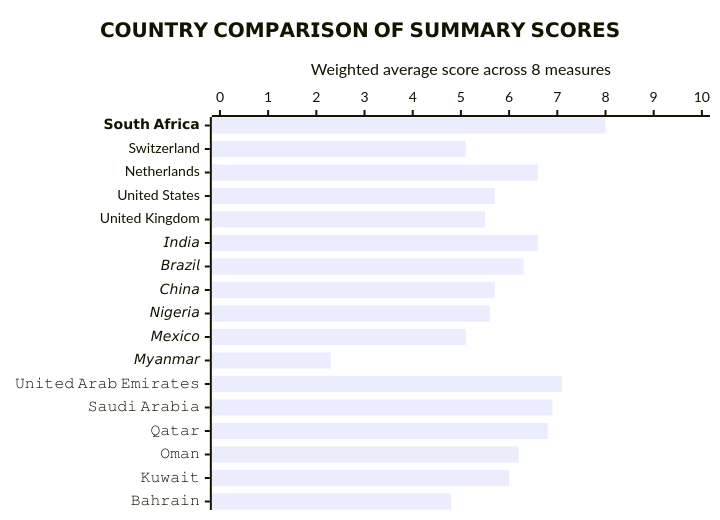
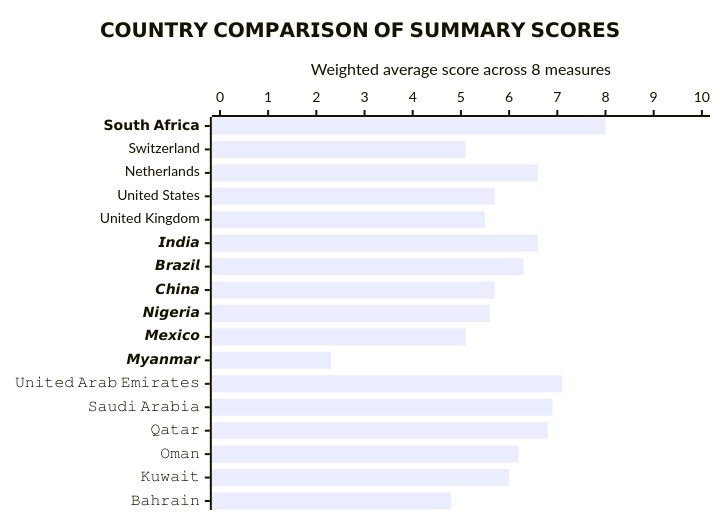
The second of 2 diagrams in articles-posts/economic-and-policy-sentiment-zaf.md (Tellusant/docs), drawn with Mermaid before and after one commit. The commit also changed other lines of this file, not shown here.

```diff
--- a/articles-posts/economic-and-policy-sentiment-zaf.md
+++ b/articles-posts/economic-and-policy-sentiment-zaf.md
@@ -75,9 +75,9 @@
 <div class="mermaid">
 
 xychart-beta horizontal
     title "𝗖𝗢𝗨𝗡𝗧𝗥𝗬 𝗖𝗢𝗠𝗣𝗔𝗥𝗜𝗦𝗢𝗡 𝗢𝗙 𝗦𝗨𝗠𝗠𝗔𝗥𝗬 𝗦𝗖𝗢𝗥𝗘𝗦"
-    x-axis ["𝗦𝗼𝘂𝘁𝗵 𝗔𝗳𝗿𝗶𝗰𝗮", "Switzerland", "Netherlands", "United States", "United Kingdom", "𝘐𝘯𝘥𝘪𝘢", "𝘉𝘳𝘢𝘻𝘪𝘭", "𝘊𝘩𝘪𝘯𝘢", "𝘕𝘪𝘨𝘦𝘳𝘪𝘢", "𝘔𝘦𝘹𝘪𝘤𝘰", "𝘔𝘺𝘢𝘯𝘮𝘢𝘳", "𝚄𝚗𝚒𝚝𝚎𝚍 𝙰𝚛𝚊𝚋 𝙴𝚖𝚒𝚛𝚊𝚝𝚎𝚜", "𝚂𝚊𝚞𝚍𝚒 𝙰𝚛𝚊𝚋𝚒𝚊", "𝚀𝚊𝚝𝚊𝚛","𝙾𝚖𝚊𝚗", "𝙺𝚞𝚠𝚊𝚒𝚝", "𝙱𝚊𝚑𝚛𝚊𝚒𝚗"]
+    x-axis ["𝗦𝗼𝘂𝘁𝗵 𝗔𝗳𝗿𝗶𝗰𝗮", "Switzerland", "Netherlands", "United States", "United Kingdom", "𝙄𝙣𝙙𝙞𝙖", "𝘽𝙧𝙖𝙯𝙞𝙡", "𝘾𝙝𝙞𝙣𝙖", "𝙉𝙞𝙜𝙚𝙧𝙞𝙖", "𝙈𝙚𝙭𝙞𝙘𝙤", "𝙈𝙮𝙖𝙣𝙢𝙖𝙧", "𝚄𝚗𝚒𝚝𝚎𝚍 𝙰𝚛𝚊𝚋 𝙴𝚖𝚒𝚛𝚊𝚝𝚎𝚜", "𝚂𝚊𝚞𝚍𝚒 𝙰𝚛𝚊𝚋𝚒𝚊", "𝚀𝚊𝚝𝚊𝚛","𝙾𝚖𝚊𝚗", "𝙺𝚞𝚠𝚊𝚒𝚝", "𝙱𝚊𝚑𝚛𝚊𝚒𝚗"]
     y-axis "Weighted average score across 8 measures" 0 --> 10
     bar [8.0, 5.1, 6.6, 5.7, 5.5, 6.6, 6.3, 5.7, 5.6, 5.1, 2.3, 7.1, 6.9, 6.8, 6.2, 6.0, 4.8]
     
 </div>
```
